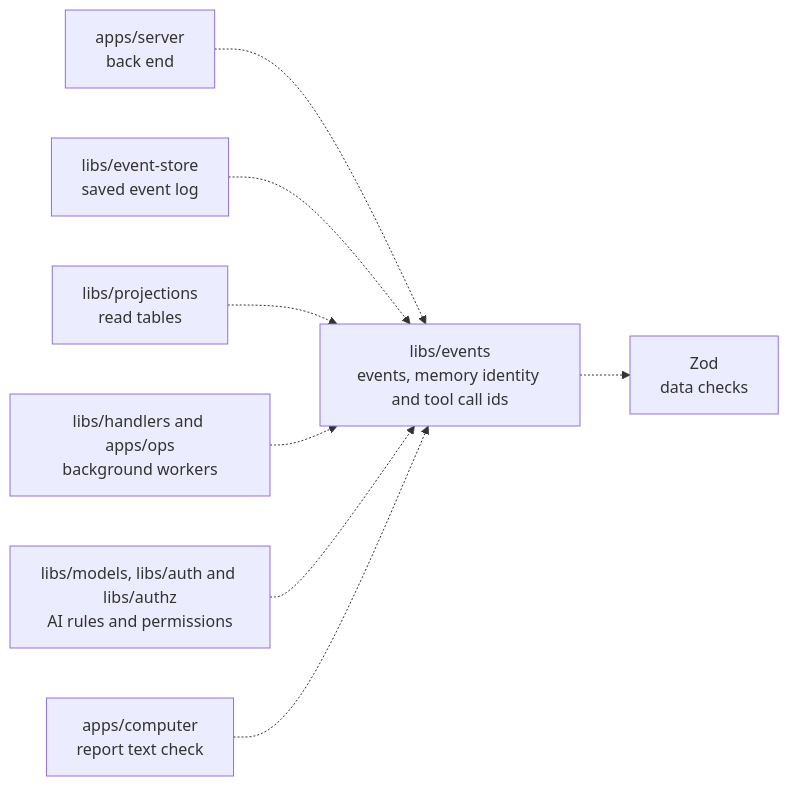
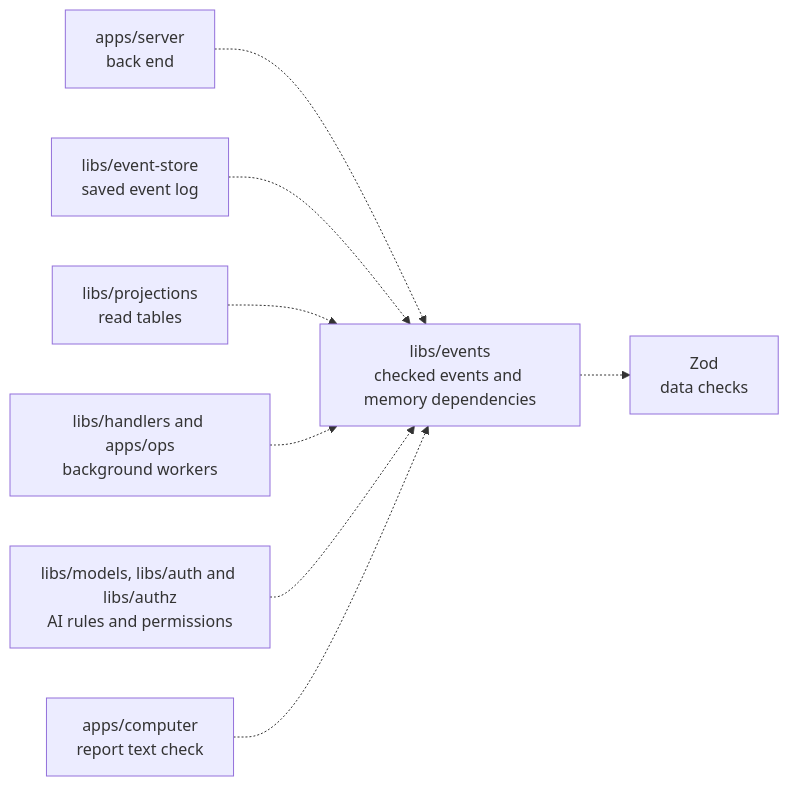
One commit to elewa-git/opencrane-new changed the diagram in libs/events/README.md. Above: the diagram before and after it, drawn with Mermaid. The commit also changed other lines of this file and 7 other files, not shown here.

First line of the commit message:
🔒 Refuse duplicate memory dependencies and mismatched revision keys at append

````diff
--- a/libs/events/README.md
+++ b/libs/events/README.md
@@ -22,10 +22,10 @@
 ```mermaid
 flowchart LR
-  server["apps/server<br/>back end"] -.-> events["libs/events<br/>events, memory identity and tool call ids"]
+  server["apps/server<br/>back end"] -.-> events["libs/events<br/>checked events and memory dependencies"]
   store["libs/event-store<br/>saved event log"] -.-> events
   projections["libs/projections<br/>read tables"] -.-> events
   workers["libs/handlers and apps/ops<br/>background workers"] -.-> events
   others["libs/models, libs/auth and libs/authz<br/>AI rules and permissions"] -.-> events
   computer["apps/computer<br/>report text check"] -.-> events
   events -.-> zod["Zod<br/>data checks"]
 ```
````
